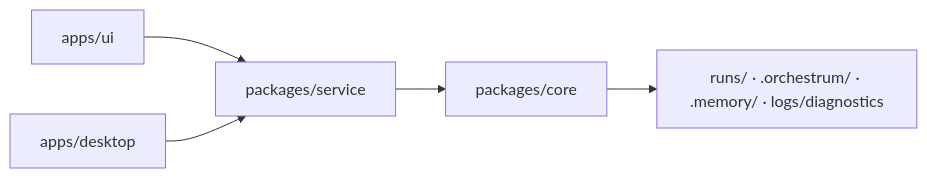
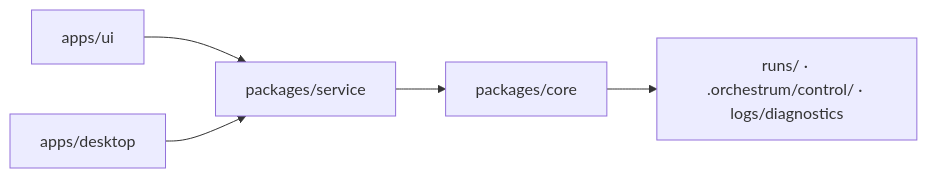
The second of 2 diagrams in README.md (mrtergn/orchestrum), drawn with Mermaid before and after one commit. The commit also changed other lines of this file and 119 other files, not shown here.

````diff
--- a/README.md
+++ b/README.md
@@ -213,13 +216,13 @@
 ```mermaid
 flowchart LR
     U[apps/ui]
     X[apps/desktop]
     SVC[packages/service]
     CORE[packages/core]
-    P["runs/ · .orchestrum/ · .memory/ · logs/diagnostics"]
+    P["runs/ · .orchestrum/control/ · logs/diagnostics"]
 
     U --> SVC
     X --> SVC
     SVC --> CORE
     CORE --> P
 ```
````
